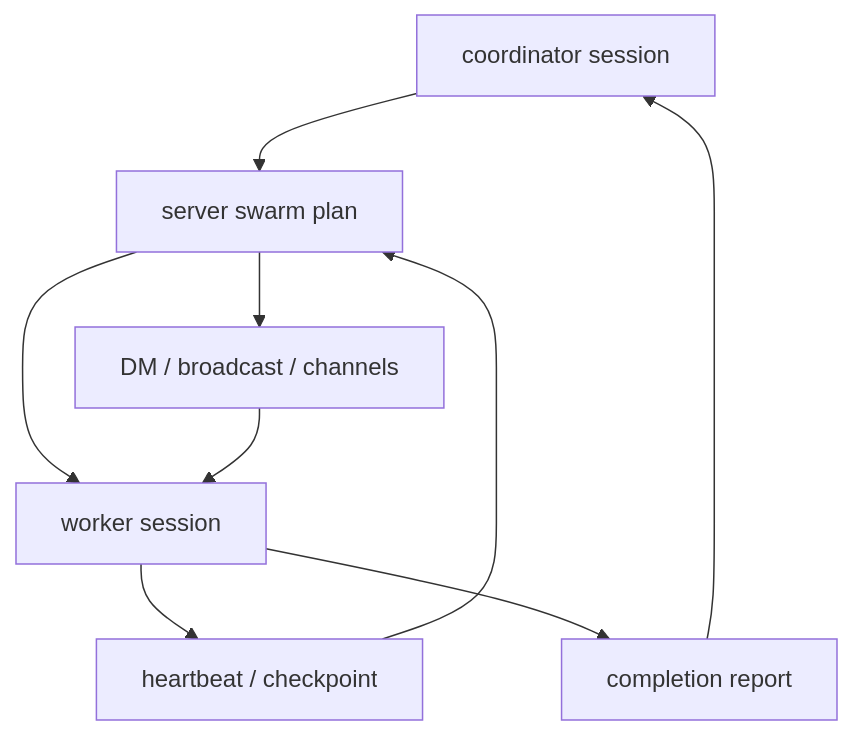
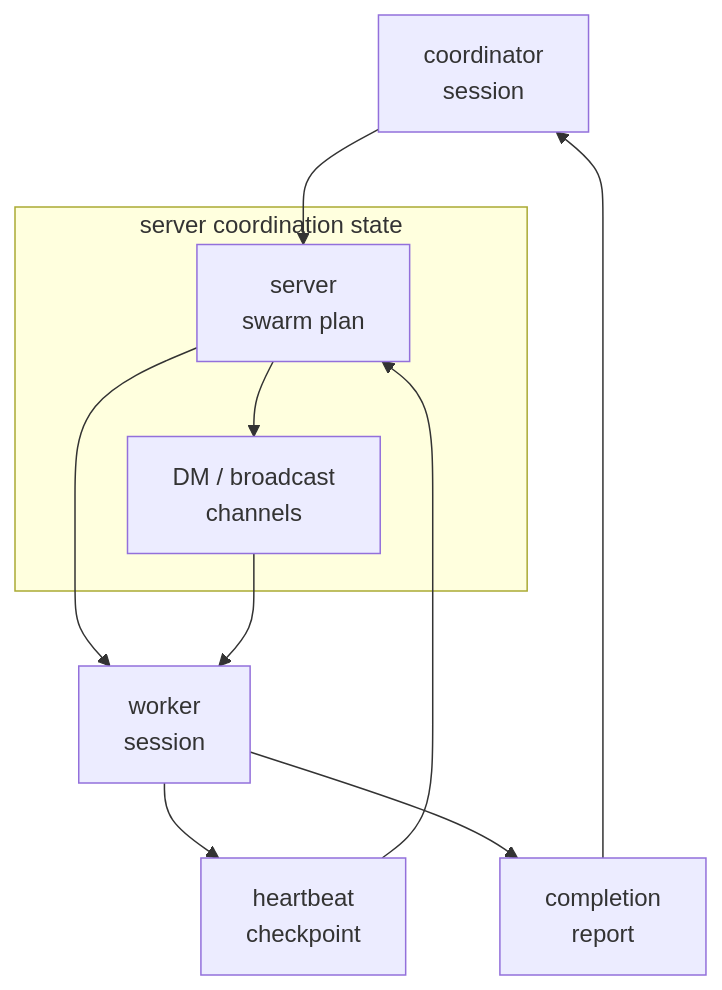
Before and after one commit to Br1an67/learn-jcode: the first of 2 diagrams in docs/en/s08-swarm.md, drawn with Mermaid. The commit also changed other lines of this file and 23 other files, not shown here.

Commit message:
Improve Mermaid diagram layout

````diff
--- a/docs/en/s08-swarm.md
+++ b/docs/en/s08-swarm.md
@@ -11,11 +11,18 @@
 ```mermaid
 flowchart TD
-  Coordinator["coordinator session"] --> Plan["server swarm plan"]
-  Plan --> Worker["worker session"]
-  Worker --> Heartbeat["heartbeat / checkpoint"]
+  Coordinator["coordinator<br/>session"]
+
+  subgraph ServerState["server coordination state"]
+    Plan["server<br/>swarm plan"]
+    Channels["DM / broadcast<br/>channels"]
+  end
+
+  Coordinator --> Plan
+  Plan --> Worker["worker<br/>session"]
+  Worker --> Heartbeat["heartbeat<br/>checkpoint"]
   Heartbeat --> Plan
-  Worker --> Report["completion report"]
+  Worker --> Report["completion<br/>report"]
   Report --> Coordinator
-  Plan --> Channels["DM / broadcast / channels"]
+  Plan --> Channels
   Channels --> Worker
 ```
````
